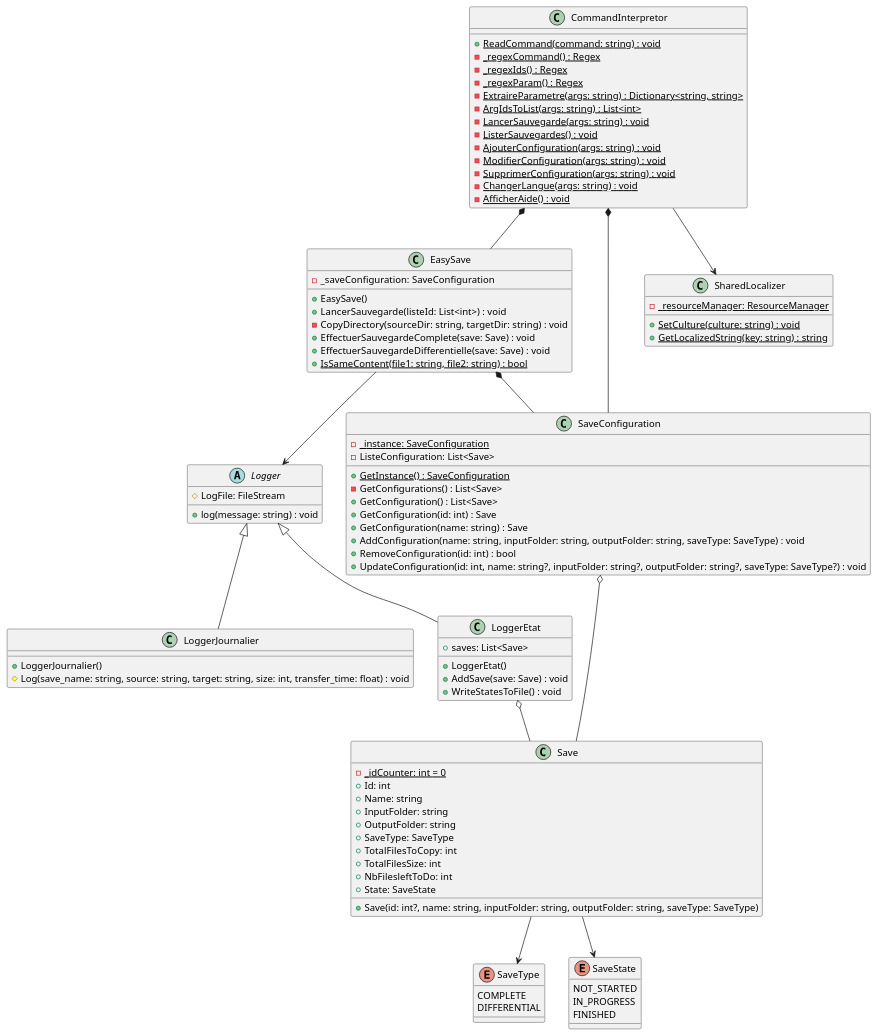
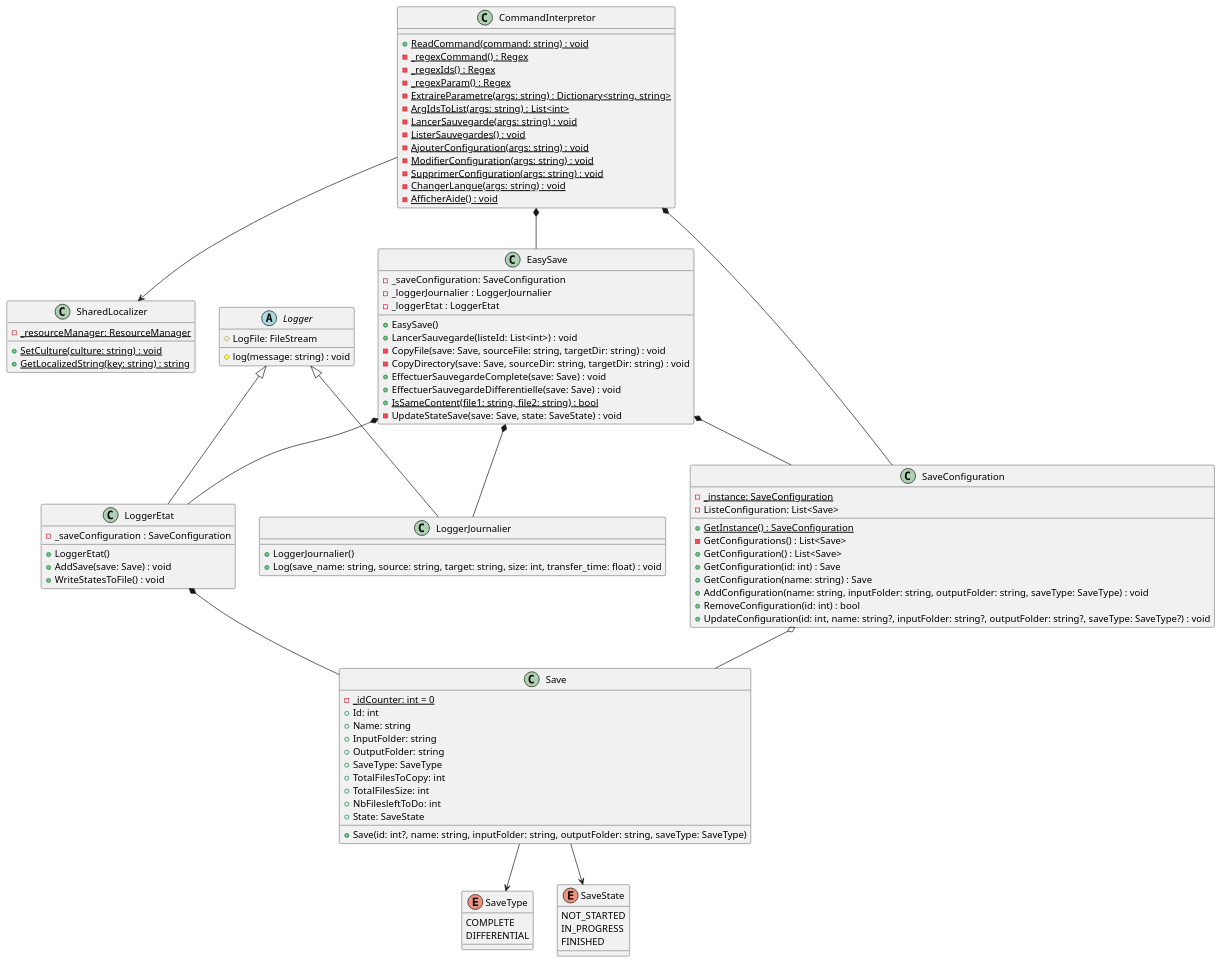
Before and after one commit to Melvin-Menanteau/EasySave: the diagram in UML/ClassDiagram.plantuml, drawn with PlantUML. The commit also changed 4 other files, not shown here.

Commit message:
feat (EasySave): integration des logger lors des sauvegardes

```diff
--- a/UML/ClassDiagram.plantuml
+++ b/UML/ClassDiagram.plantuml
@@ -1,100 +1,105 @@
 @startuml Diagramme de classe
 abstract class Logger {
     #LogFile: FileStream
-    +log(message: string) : void
+    #log(message: string) : void
 }
 
 Logger <|-- LoggerJournalier
 class LoggerJournalier {
     +LoggerJournalier()
-    #Log(save_name: string, source: string, target: string, size: int, transfer_time: float) : void
+    +Log(save_name: string, source: string, target: string, size: int, transfer_time: float) : void
 }
 
 Logger <|-- LoggerEtat
-LoggerEtat o-- Save
+LoggerEtat *-- Save
 class LoggerEtat {
-    +saves: List<Save>
+    -_saveConfiguration : SaveConfiguration
     +LoggerEtat()
     +AddSave(save: Save) : void
     +WriteStatesToFile() : void
 }
 
 EasySave *-- SaveConfiguration
-EasySave --> Logger
+EasySave *-- LoggerJournalier
+EasySave *-- LoggerEtat
 class EasySave {
     -_saveConfiguration: SaveConfiguration
+	-_loggerJournalier : LoggerJournalier
+	-_loggerEtat : LoggerEtat
     +EasySave()
     +LancerSauvegarde(listeId: List<int>) : void
-    -CopyDirectory(sourceDir: string, targetDir: string) : void
+	-CopyFile(save: Save, sourceFile: string, targetDir: string) : void
+    -CopyDirectory(save: Save, sourceDir: string, targetDir: string) : void
     +EffectuerSauvegardeComplete(save: Save) : void
     +EffectuerSauvegardeDifferentielle(save: Save) : void
     {static}+IsSameContent(file1: string, file2: string) : bool
+	-UpdateStateSave(save: Save, state: SaveState) : void
 }
 
 SaveConfiguration o-- Save
 class SaveConfiguration {
 	{static}-_instance: SaveConfiguration
 	-ListeConfiguration: List<Save>
 	{static}+GetInstance() : SaveConfiguration
 	-GetConfigurations() : List<Save>
 	+GetConfiguration() : List<Save>
 	+GetConfiguration(id: int) : Save
 	+GetConfiguration(name: string) : Save
 	+AddConfiguration(name: string, inputFolder: string, outputFolder: string, saveType: SaveType) : void
 	+RemoveConfiguration(id: int) : bool
 	+UpdateConfiguration(id: int, name: string?, inputFolder: string?, outputFolder: string?, saveType: SaveType?) : void
 }
 
 enum SaveType {
   COMPLETE
   DIFFERENTIAL
 }
 
 enum SaveState {
   NOT_STARTED
   IN_PROGRESS
   FINISHED
 }
 
 Save --> SaveType
 Save --> SaveState
 class Save {
 	{static}-_idCounter: int = 0
 	+Id: int
 	+Name: string
 	+InputFolder: string
 	+OutputFolder: string
 	+SaveType: SaveType
 	+TotalFilesToCopy: int
 	+TotalFilesSize: int
 	+NbFilesleftToDo: int
 	+State: SaveState
 	+Save(id: int?, name: string, inputFolder: string, outputFolder: string, saveType: SaveType)
 
 }
 
 class SharedLocalizer {
 	{static}-_resourceManager: ResourceManager
 	{static}+SetCulture(culture: string) : void
 	{static}+GetLocalizedString(key: string) : string
 }
 
 CommandInterpretor --> SharedLocalizer
 CommandInterpretor *-- SaveConfiguration
 CommandInterpretor *-- EasySave
 class CommandInterpretor {
 	{static}+ReadCommand(command: string) : void
 	{static}-_regexCommand() : Regex
 	{static}-_regexIds() : Regex
 	{static}-_regexParam() : Regex
 	{static}-ExtraireParametre(args: string) : Dictionary<string, string>
 	{static}-ArgIdsToList(args: string) : List<int>
 	{static}-LancerSauvegarde(args: string) : void
 	{static}-ListerSauvegardes() : void
 	{static}-AjouterConfiguration(args: string) : void
 	{static}-ModifierConfiguration(args: string) : void
 	{static}-SupprimerConfiguration(args: string) : void
 	{static}-ChangerLangue(args: string) : void
 	{static}-AfficherAide() : void
 }
 @enduml
```
